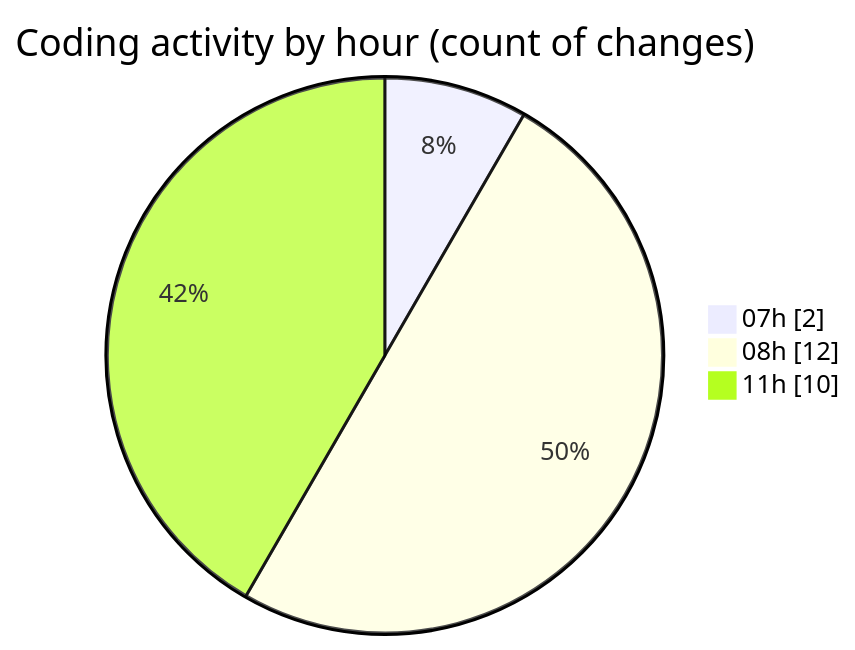
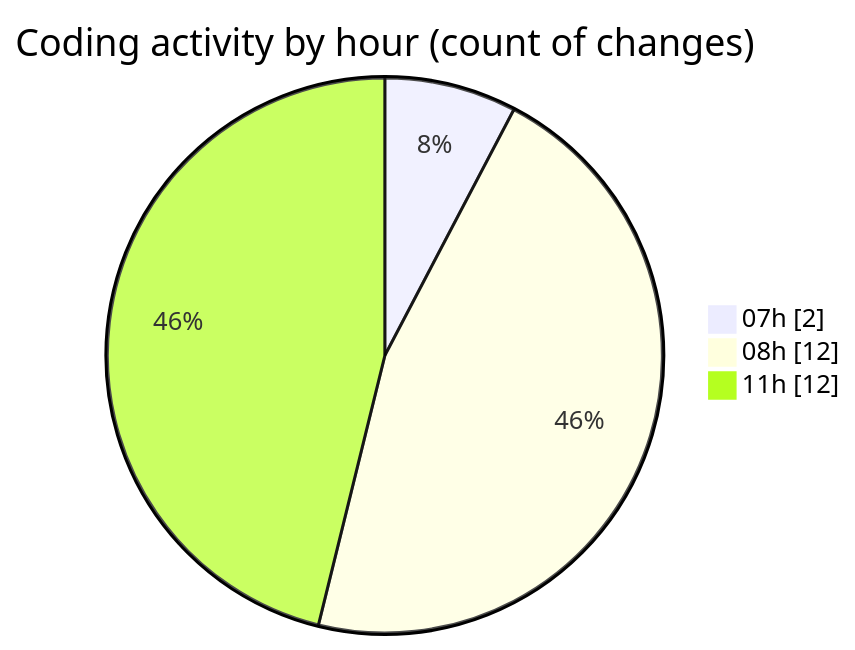
Before and after one commit to LanceThiago/code-tracking: the second of 2 diagrams in 2026-08-28/oficina/README.md, drawn with Mermaid. The commit also changed other lines of this file and 1 other file, not shown here.

````diff
--- a/2026-08-28/oficina/README.md
+++ b/2026-08-28/oficina/README.md
@@ -28,7 +28,7 @@
 ```mermaid
 pie showData
 title Coding activity by hour (count of changes)
 "07h" : 2
 "08h" : 12
-"11h" : 10
+"11h" : 12
 ```
````
